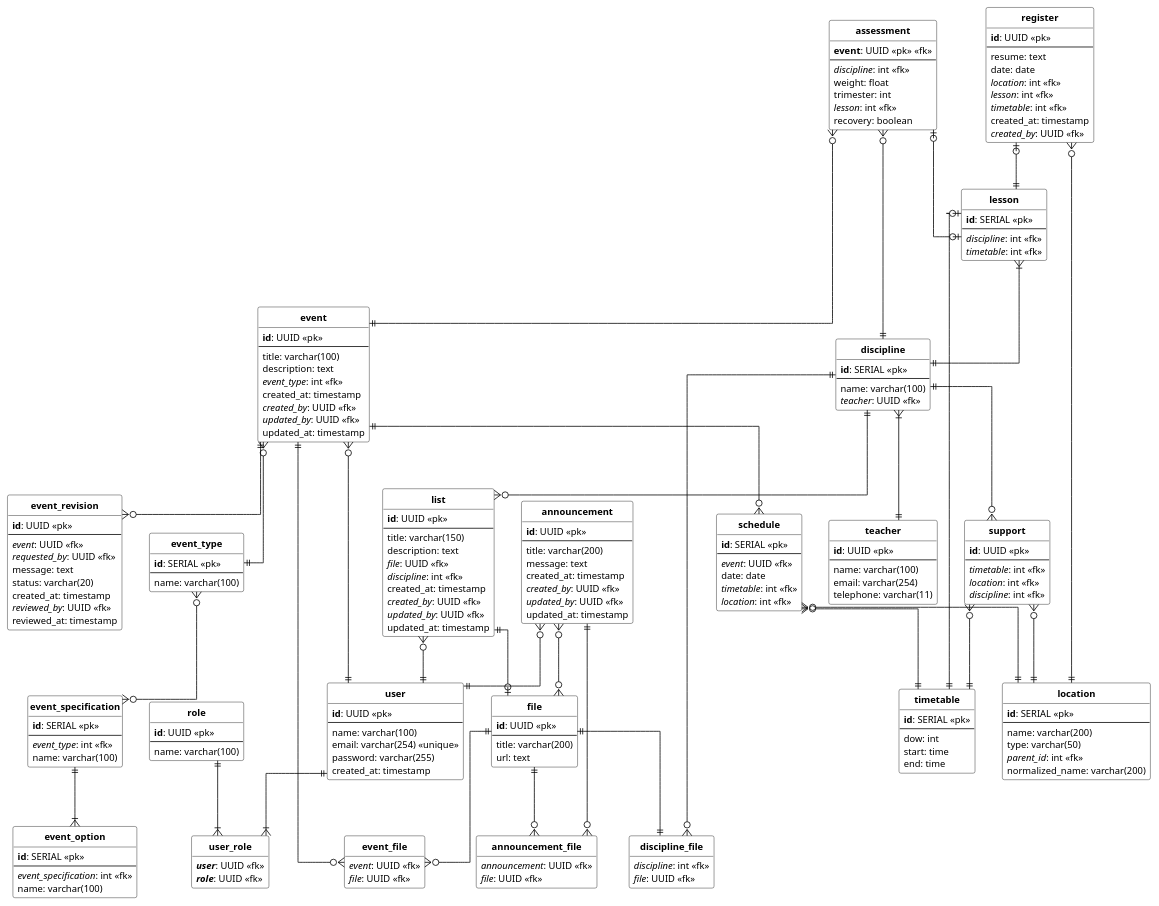
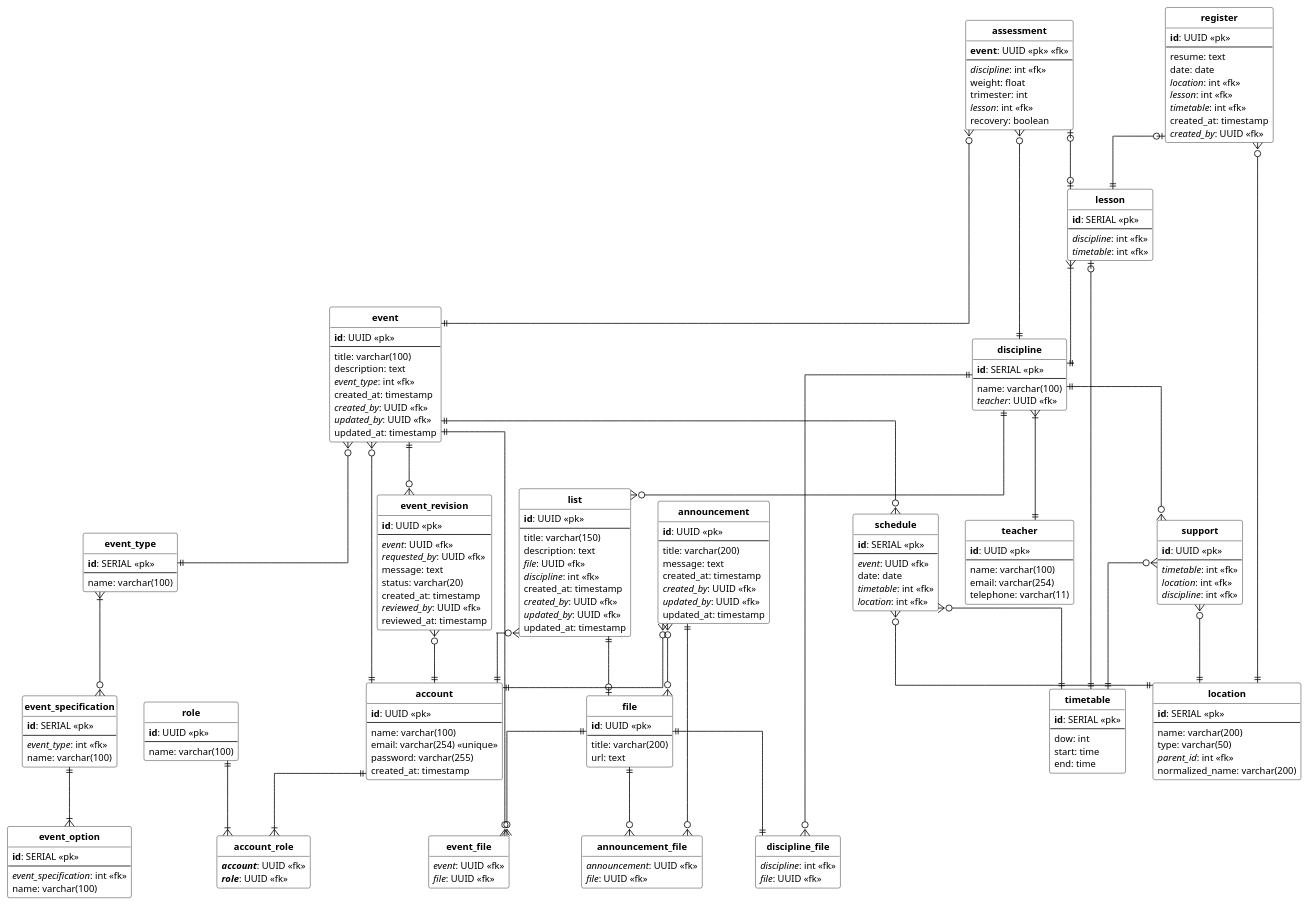
One commit to brunofagundesdev/PlantaLendario changed the diagram in database/modeling.plantuml. Above: the diagram before and after it, drawn with PlantUML. The commit also changed other lines of this file and 29 other files, not shown here.

```diff
--- a/database/modeling.plantuml
+++ b/database/modeling.plantuml
@@ -14,7 +15,7 @@
 hide Circle
 hide Empty Members
 
-entity user {
+entity account {
   **id**: UUID <<pk>>
   --
   name: varchar(100)
@@ -29,8 +30,8 @@
   name: varchar(100)
 }
 
-entity user_role {
-  <i>**user**</i>: UUID <<fk>>
+entity account_role {
+  <i>**account**</i>: UUID <<fk>>
   <i>**role**</i>: UUID <<fk>>
 }
 
@@ -209,13 +210,13 @@
 assessment |o--o| lesson
 
 event }o--|| event_type
-event_type }o--o{ event_specification
+event_type }|--o{ event_specification
 event_specification ||--|{ event_option
-event }o--|| user
+event }o--|| account
 
-user ||--|{ user_role
-role ||--|{ user_role
-announcement }o--|| user
+account ||--|{ account_role
+role ||--|{ account_role
+announcement }o--|| account
 discipline ||--o{ support
 support }o--|| location
 
@@ -241,9 +242,11 @@
 discipline ||--o{ discipline_file
 file ||--|| discipline_file
 
-list }o--|| user
+list }o--|| account
 assessment }o--|| discipline
 
 event ||--o{ event_revision
 
+event_revision }o--|| account
+
 @enduml
```
